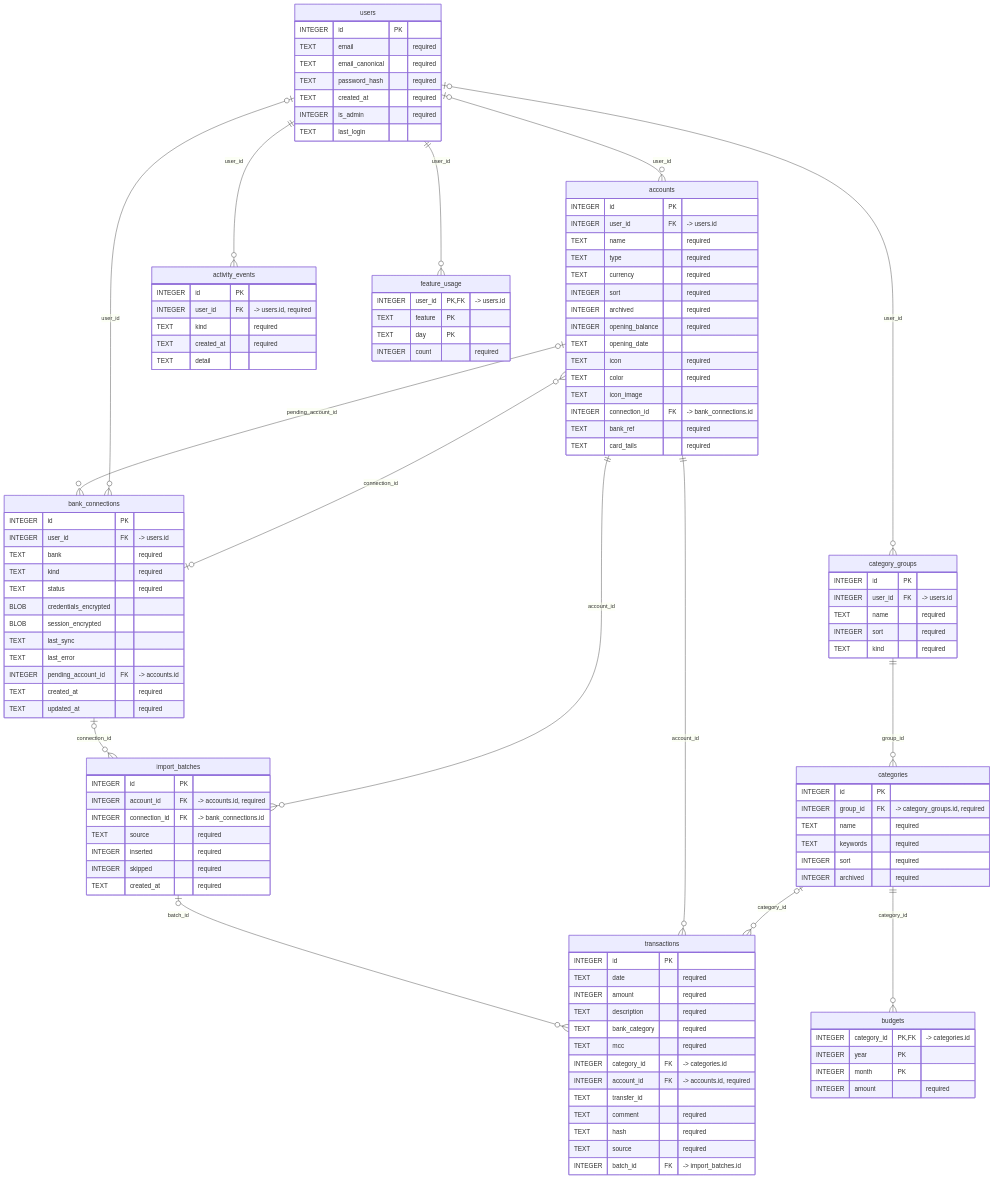
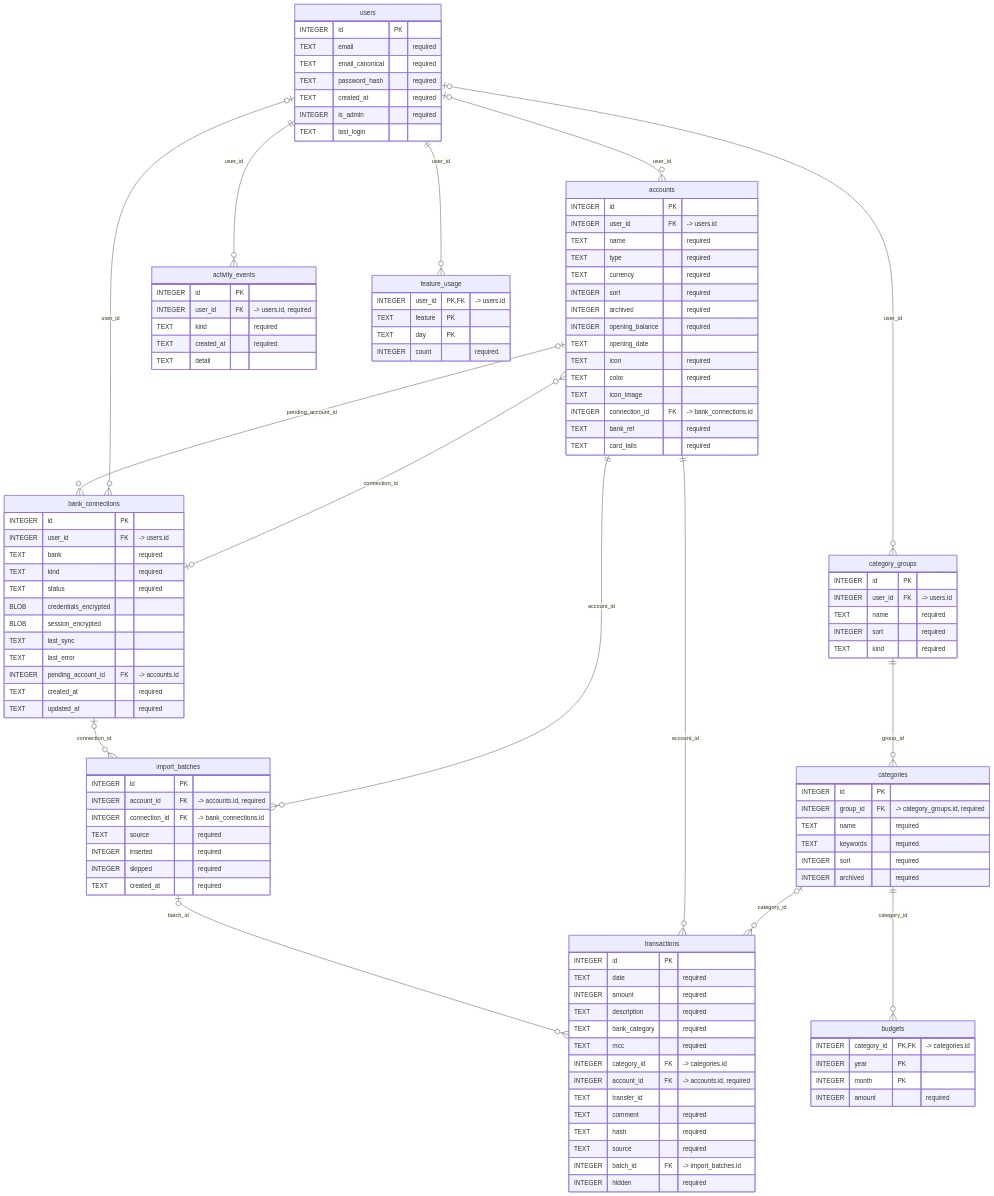
The diagram in docs/data-model.md (alchemmist/monori), drawn with Mermaid before and after one commit. The commit also changed 16 other files, not shown here.

```diff
--- a/docs/data-model.md
+++ b/docs/data-model.md
@@ -96,6 +96,7 @@
         TEXT hash "required"
         TEXT source "required"
         INTEGER batch_id FK "-> import_batches.id"
+        INTEGER hidden "required"
     }
     budgets {
         INTEGER category_id PK, FK "-> categories.id"
```
